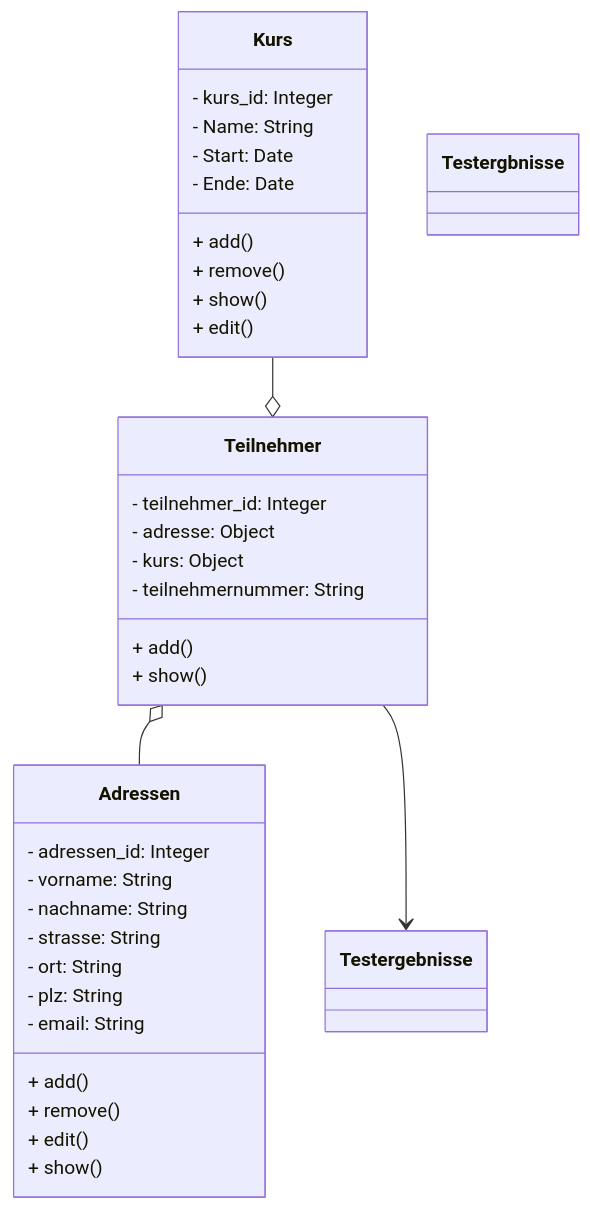
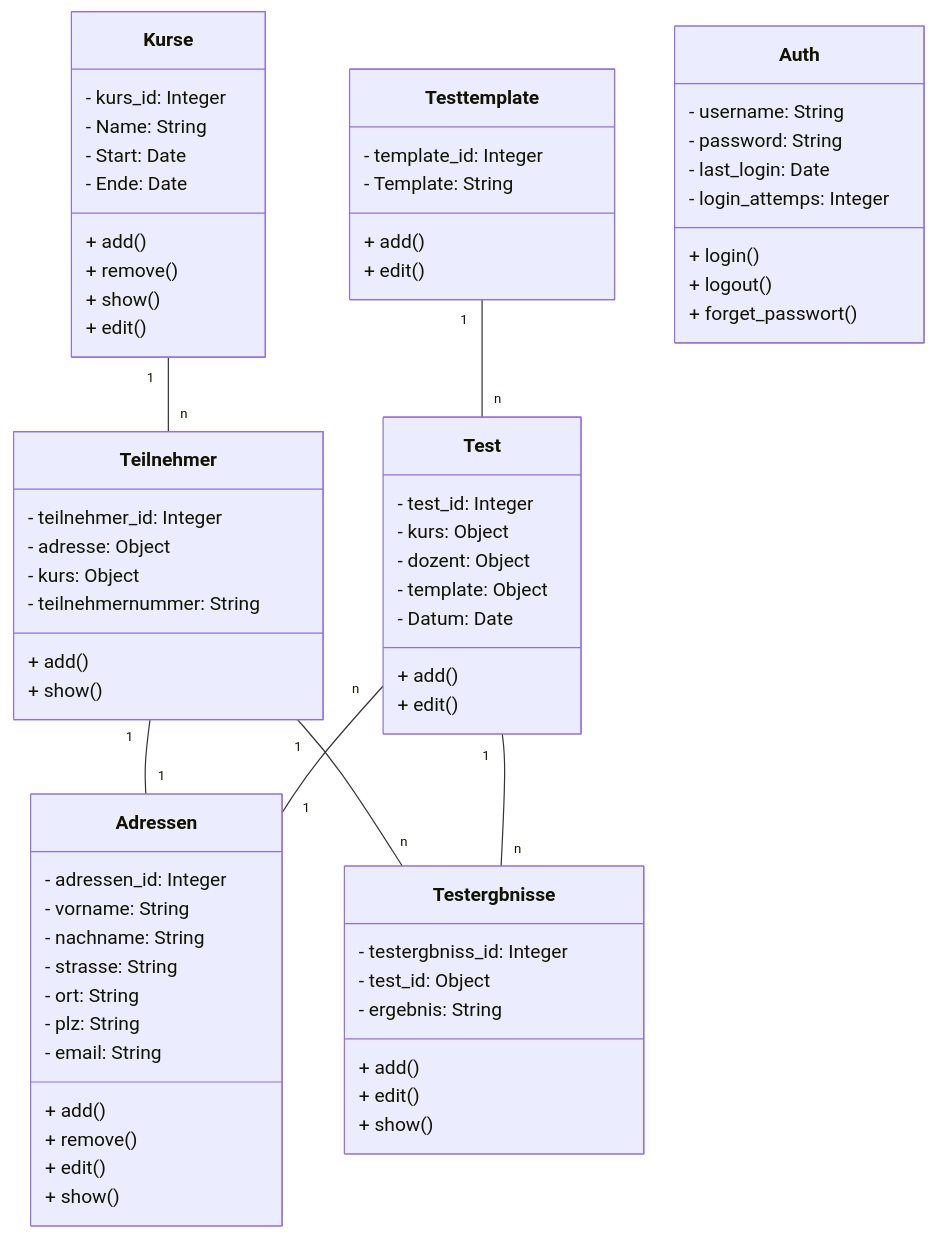
The diagram in doku/classes.md (sebmuel/kurs_project), drawn with Mermaid before and after one commit. The commit also changed 1 other file, not shown here.

Commit message:
Class Diagram 1.0

````diff
--- a/doku/classes.md
+++ b/doku/classes.md
@@ -1,47 +1,83 @@
 ```mermaid
 classDiagram
 
 
-class Kurs{
+class Kurse{
     - kurs_id: Integer
     - Name: String
     - Start: Date
     - Ende: Date
     + add()
     + remove()
     + show()
     + edit()
 }
 
 class Teilnehmer{
     - teilnehmer_id: Integer
     - adresse: Object
     - kurs: Object
     - teilnehmernummer: String
     + add()
     + show()
 }
 
 class Adressen{
     - adressen_id: Integer
     - vorname: String
     - nachname: String
     - strasse: String
     - ort: String
     - plz: String
     - email: String
     + add()
     + remove()
     + edit()
     + show()
 }
 
-class Testergbnisse{
-
+class Test{
+    - test_id: Integer
+    - kurs: Object
+    - dozent: Object
+    - template: Object
+    - Datum: Date
+    + add()
+    + edit()
 }
 
-Kurs --o Teilnehmer
-Teilnehmer o-- Adressen
-Teilnehmer --> Testergebnisse
+class Testergbnisse{
+    - testergbniss_id: Integer
+    - test_id: Object
+    - ergebnis: String
+    + add()
+    + edit()
+    + show()
+}
+
+
+class Testtemplate{
+    - template_id: Integer
+    - Template: String
+    + add()
+    + edit()
+}
+
+class Auth{
+    - username: String
+    - password: String
+    - last_login: Date
+    - login_attemps: Integer
+    + login()
+    + logout()
+    + forget_passwort()
+}
+
+Kurse "1" -- "n" Teilnehmer
+Teilnehmer "1" -- "1" Adressen
+Teilnehmer "1" --  "n" Testergbnisse
+Test "n" -- "1" Adressen
+Test "1" -- "n" Testergbnisse
+Testtemplate "1" -- "n" Test
 
 ```
````
